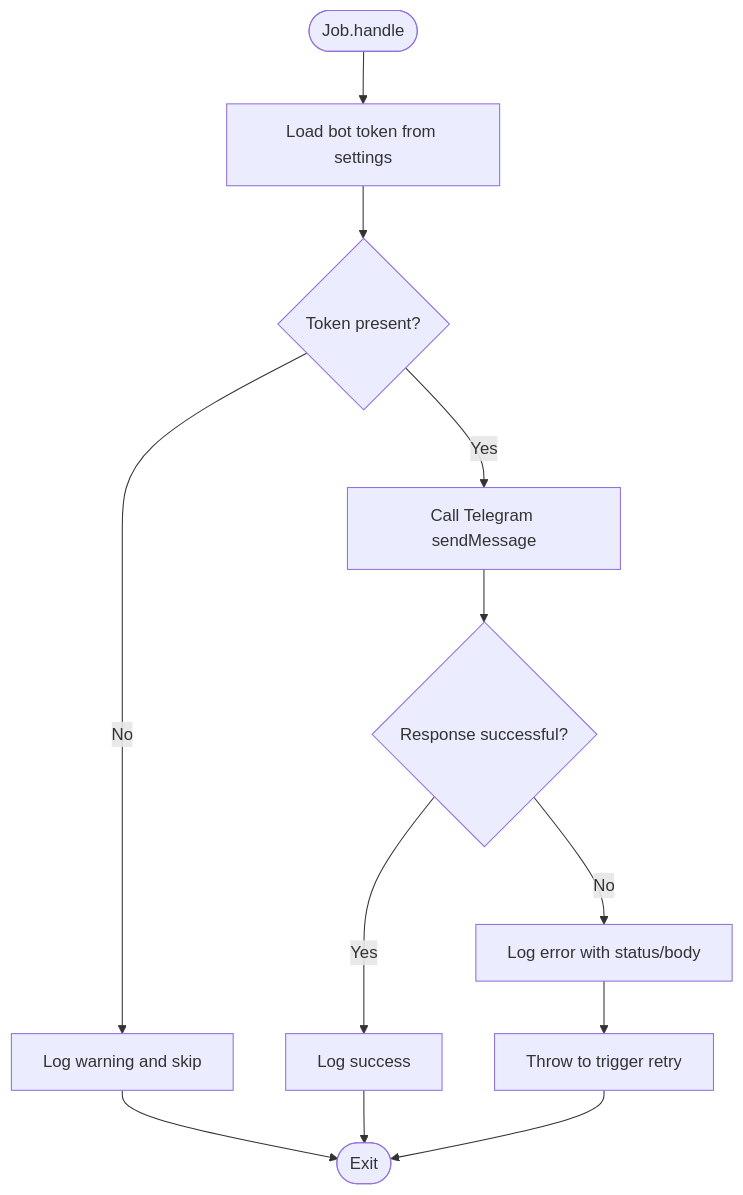
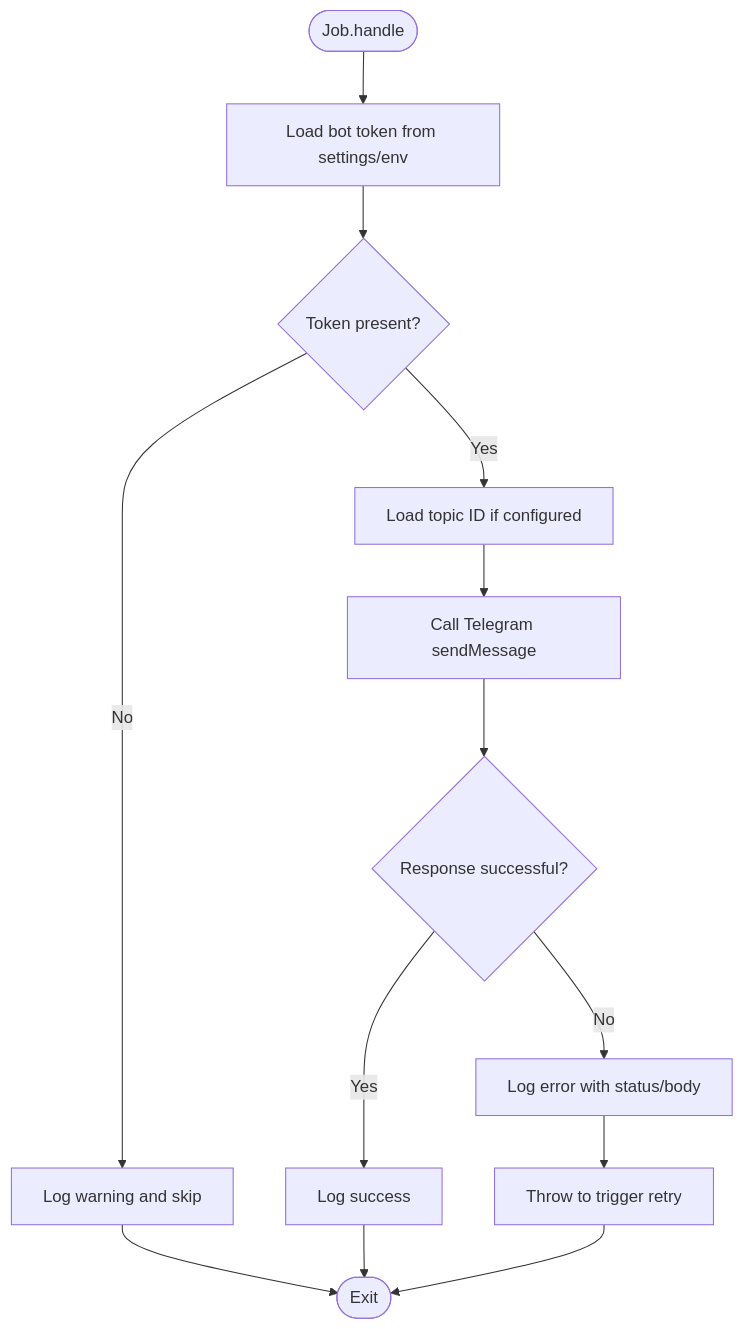
Before and after one commit to FCS-WP/website_portal: the fourth of 8 diagrams in .qoder/repowiki/en/content/Notification System/Notification System.md, drawn with Mermaid. The commit also changed other lines of this file and 37 other files, not shown here.

````diff
--- a/.qoder/repowiki/en/content/Notification System/Notification System.md
+++ b/.qoder/repowiki/en/content/Notification System/Notification System.md
@@ -183,14 +250,15 @@
 ```mermaid
 flowchart TD
-Start(["Job.handle"]) --> LoadToken["Load bot token from settings"]
+Start(["Job.handle"]) --> LoadToken["Load bot token from settings/env"]
 LoadToken --> TokenFound{"Token present?"}
 TokenFound -- No --> Skip["Log warning and skip"]
-TokenFound -- Yes --> CallAPI["Call Telegram sendMessage"]
+TokenFound -- Yes --> LoadTopic["Load topic ID if configured"]
+LoadTopic --> CallAPI["Call Telegram sendMessage"]
 CallAPI --> RespOK{"Response successful?"}
 RespOK -- Yes --> LogSuccess["Log success"]
 RespOK -- No --> LogFail["Log error with status/body"]
 LogFail --> Throw["Throw to trigger retry"]
 Skip --> End(["Exit"])
 LogSuccess --> End
 Throw --> End
 ```
````
